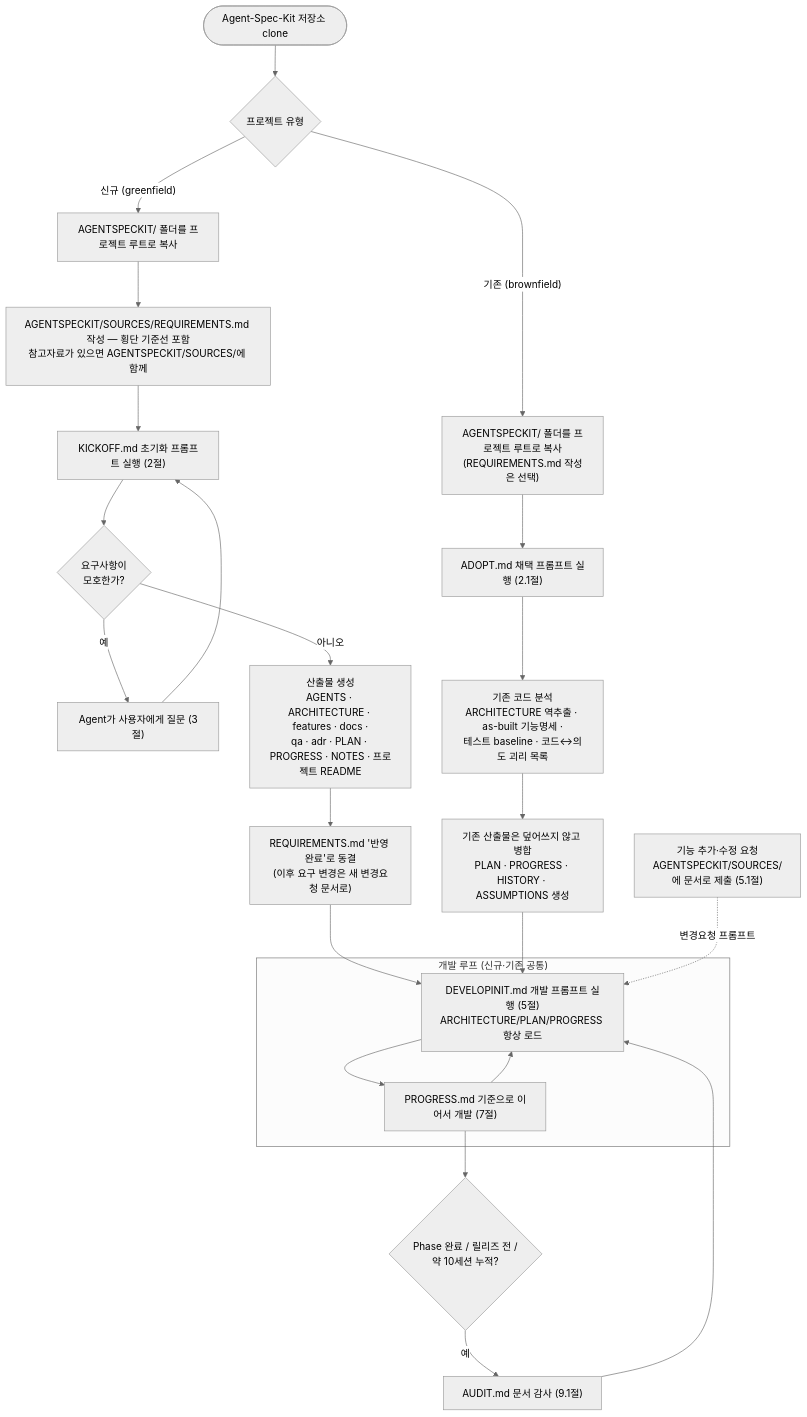
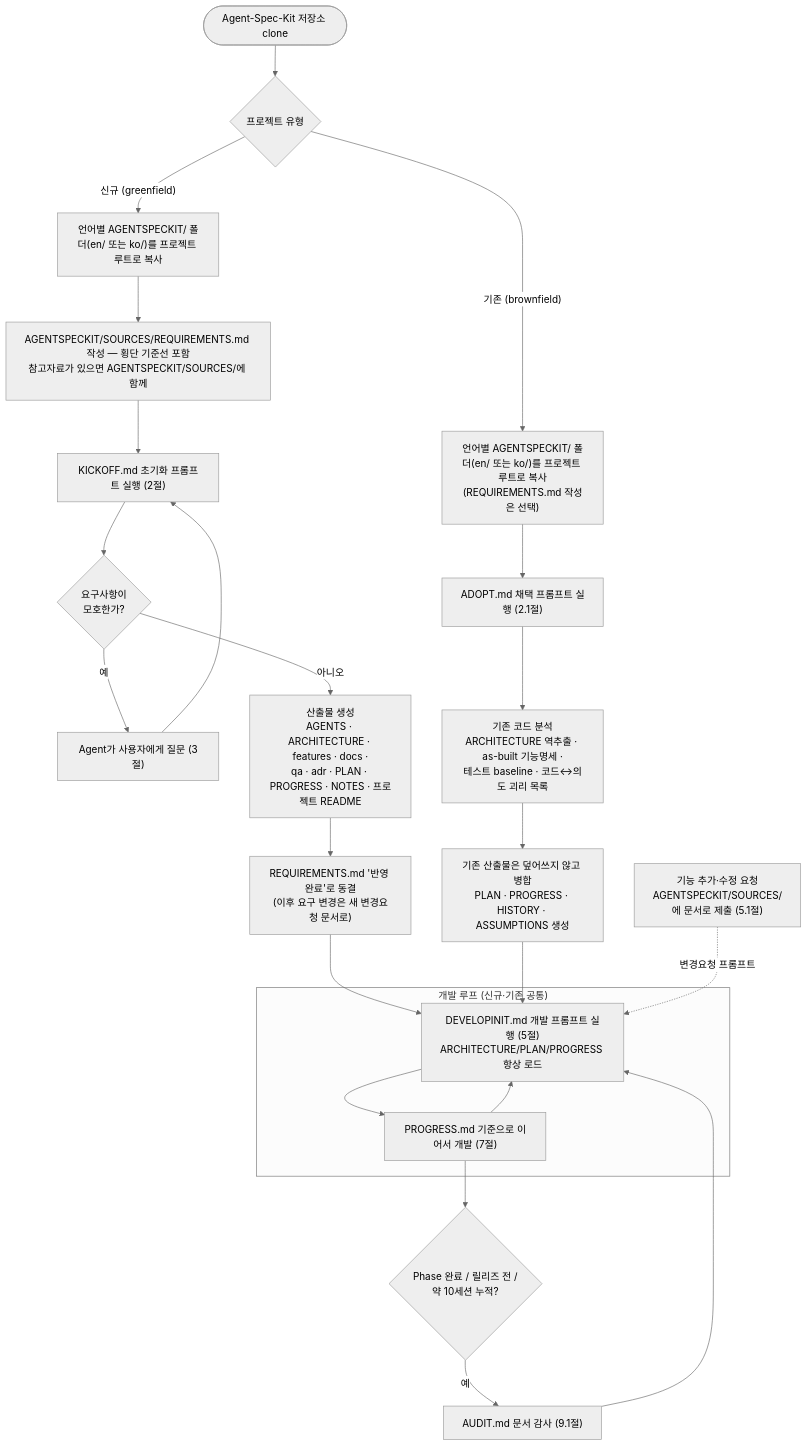
The diagram in README.ko.md (hellomyoh/Agent-Spec-Kit), drawn with Mermaid (neutral theme) before and after one commit. The commit also changed other lines of this file and 13 other files, not shown here.

````diff
--- a/README.ko.md
+++ b/README.ko.md
@@ -681,34 +688,34 @@
 ```mermaid
 flowchart TD
     Start(["Agent-Spec-Kit 저장소 clone"]) --> Type{"프로젝트 유형"}
 
     %% ── 신규 프로젝트 경로 ──
-    Type -->|"신규 (greenfield)"| G1["AGENTSPECKIT/ 폴더를 프로젝트 루트로 복사"]
+    Type -->|"신규 (greenfield)"| G1["언어별 AGENTSPECKIT/ 폴더(en/ 또는 ko/)를 프로젝트 루트로 복사"]
     G1 --> G2["AGENTSPECKIT/SOURCES/REQUIREMENTS.md 작성 — 횡단 기준선 포함<br/>참고자료가 있으면 AGENTSPECKIT/SOURCES/에 함께"]
     G2 --> G3["KICKOFF.md 초기화 프롬프트 실행 (2절)"]
     G3 --> G4{"요구사항이<br/>모호한가?"}
     G4 -->|"예"| G5["Agent가 사용자에게 질문 (3절)"]
     G5 --> G3
     G4 -->|"아니오"| G6["산출물 생성<br/>AGENTS · ARCHITECTURE · features · docs ·<br/>qa · adr · PLAN · PROGRESS · NOTES · 프로젝트 README"]
     G6 --> G7["REQUIREMENTS.md '반영 완료'로 동결<br/>(이후 요구 변경은 새 변경요청 문서로)"]
 
     %% ── 기존 프로젝트 경로 ──
-    Type -->|"기존 (brownfield)"| B1["AGENTSPECKIT/ 폴더를 프로젝트 루트로 복사<br/>(REQUIREMENTS.md 작성은 선택)"]
+    Type -->|"기존 (brownfield)"| B1["언어별 AGENTSPECKIT/ 폴더(en/ 또는 ko/)를 프로젝트 루트로 복사<br/>(REQUIREMENTS.md 작성은 선택)"]
     B1 --> B2["ADOPT.md 채택 프롬프트 실행 (2.1절)"]
     B2 --> B3["기존 코드 분석<br/>ARCHITECTURE 역추출 · as-built 기능명세 ·<br/>테스트 baseline · 코드↔의도 괴리 목록"]
     B3 --> B4["기존 산출물은 덮어쓰지 않고 병합<br/>PLAN · PROGRESS · HISTORY · ASSUMPTIONS 생성"]
 
     %% ── 공통 개발 루프 ──
     subgraph DEV["개발 루프 (신규·기존 공통)"]
         D1["DEVELOPINIT.md 개발 프롬프트 실행 (5절)<br/>ARCHITECTURE/PLAN/PROGRESS 항상 로드"]
         D1 --> D2["PROGRESS.md 기준으로 이어서 개발 (7절)"]
         D2 --> D1
     end
 
     G7 --> D1
     B4 --> D1
     CR["기능 추가·수정 요청<br/>AGENTSPECKIT/SOURCES/에 문서로 제출 (5.1절)"] -.->|"변경요청 프롬프트"| D1
     D2 --> AQ{"Phase 완료 / 릴리즈 전 /<br/>약 10세션 누적?"}
     AQ -->|"예"| AU["AUDIT.md 문서 감사 (9.1절)"]
     AU --> D1
 ```
````
